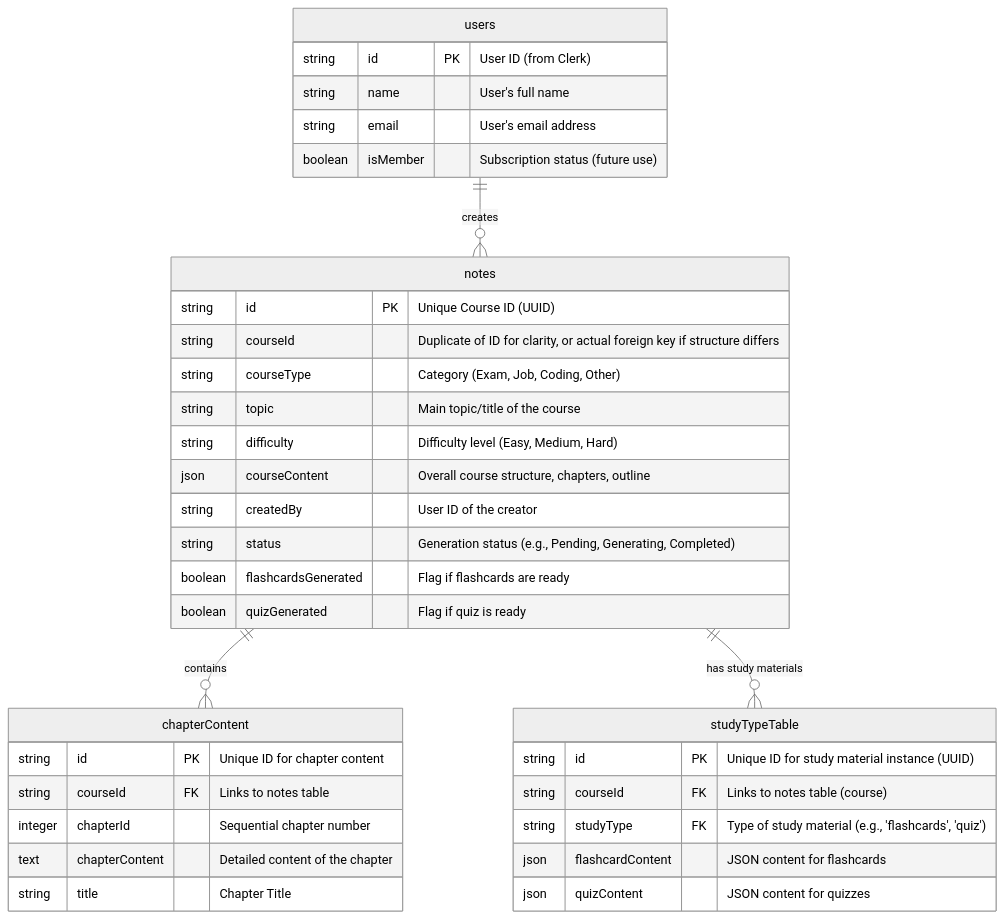
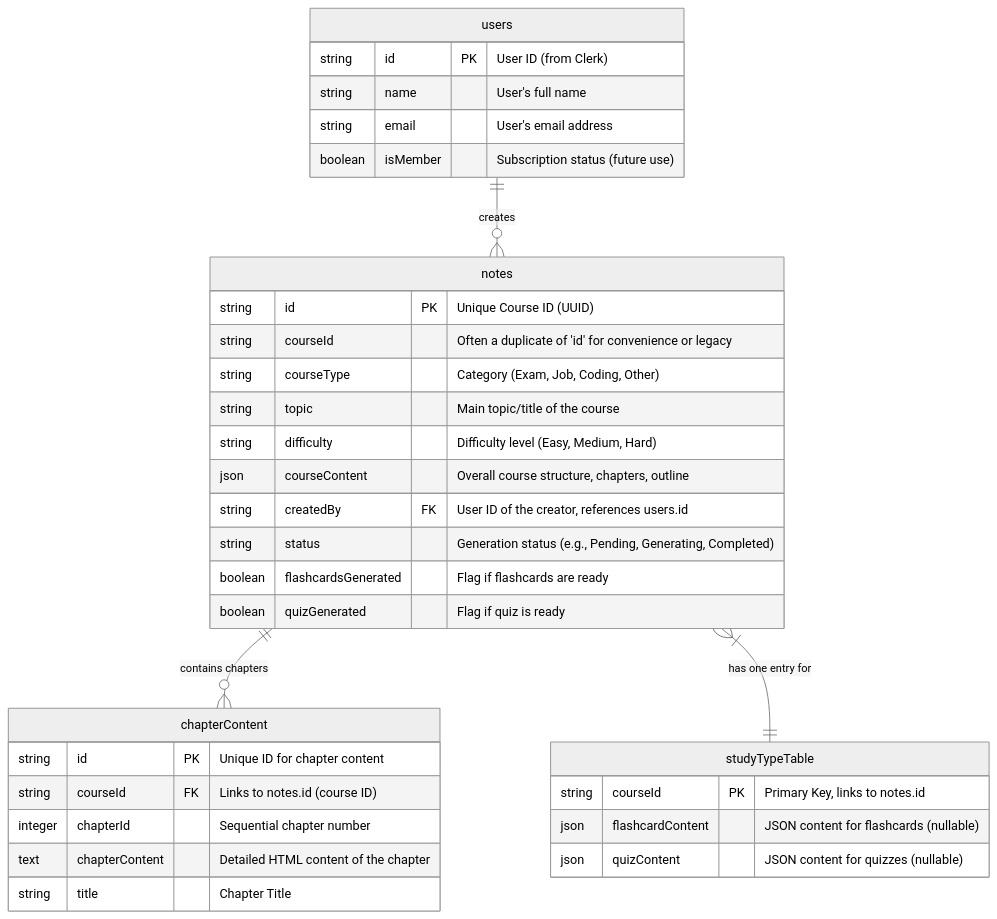
Before and after one commit to ItsRudraksh/studymate-ai: the second of 4 diagrams in README.md, drawn with Mermaid (neutral theme). The commit also changed other lines of this file and 7 other files, not shown here.

````diff
--- a/README.md
+++ b/README.md
@@ -82,42 +83,40 @@
 ```mermaid
 erDiagram
     users ||--o{ notes : creates
-    notes ||--o{ chapterContent : contains
-    notes ||--o{ studyTypeTable : "has study materials"
+    notes ||--o{ chapterContent : "contains chapters"
+    notes }|--|| studyTypeTable : "has one entry for"
 
     users {
         string id PK "User ID (from Clerk)"
         string name "User's full name"
         string email "User's email address"
         boolean isMember "Subscription status (future use)"
     }
 
     notes {
         string id PK "Unique Course ID (UUID)"
-        string courseId "Duplicate of ID for clarity, or actual foreign key if structure differs"
+        string courseId "Often a duplicate of 'id' for convenience or legacy"
         string courseType "Category (Exam, Job, Coding, Other)"
         string topic "Main topic/title of the course"
         string difficulty "Difficulty level (Easy, Medium, Hard)"
         json courseContent "Overall course structure, chapters, outline"
-        string createdBy "User ID of the creator"
+        string createdBy FK "User ID of the creator, references users.id"
         string status "Generation status (e.g., Pending, Generating, Completed)"
         boolean flashcardsGenerated "Flag if flashcards are ready"
         boolean quizGenerated "Flag if quiz is ready"
     }
 
     chapterContent {
         string id PK "Unique ID for chapter content"
-        string courseId FK "Links to notes table"
+        string courseId FK "Links to notes.id (course ID)"
         integer chapterId "Sequential chapter number"
-        text chapterContent "Detailed content of the chapter"
+        text chapterContent "Detailed HTML content of the chapter"
         string title "Chapter Title"
     }
 
     studyTypeTable {
-        string id PK "Unique ID for study material instance (UUID)"
-        string courseId FK "Links to notes table (course)"
-        string studyType FK "Type of study material (e.g., 'flashcards', 'quiz')"
-        json flashcardContent "JSON content for flashcards"
-        json quizContent "JSON content for quizzes"
+        string courseId PK "Primary Key, links to notes.id"
+        json flashcardContent "JSON content for flashcards (nullable)"
+        json quizContent "JSON content for quizzes (nullable)"
     }
 ```
````
